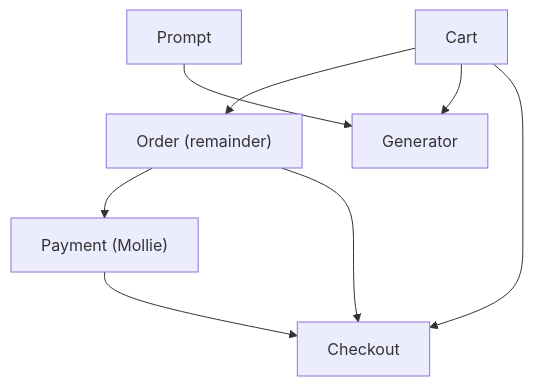
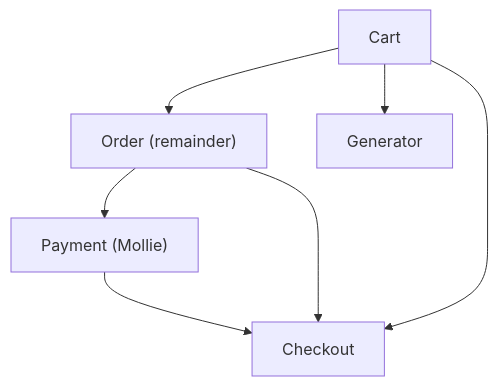
One commit to bitstorm-tech/voenix-shop-kotlin changed the diagram in docs/migration/migration-roadmap.md. Above: the diagram before and after it, drawn with Mermaid. The commit also changed other lines of this file and 16 other files, not shown here.

````diff
--- a/docs/migration/migration-roadmap.md
+++ b/docs/migration/migration-roadmap.md
@@ -74,10 +74,9 @@
 ```mermaid
 graph TD
     Cart --> Order["Order (remainder)"]
-    Prompt --> Generator
     Cart --> Generator
     Order --> Payment["Payment (Mollie)"]
     Payment --> Checkout
     Cart --> Checkout
     Order --> Checkout
 ```
````
